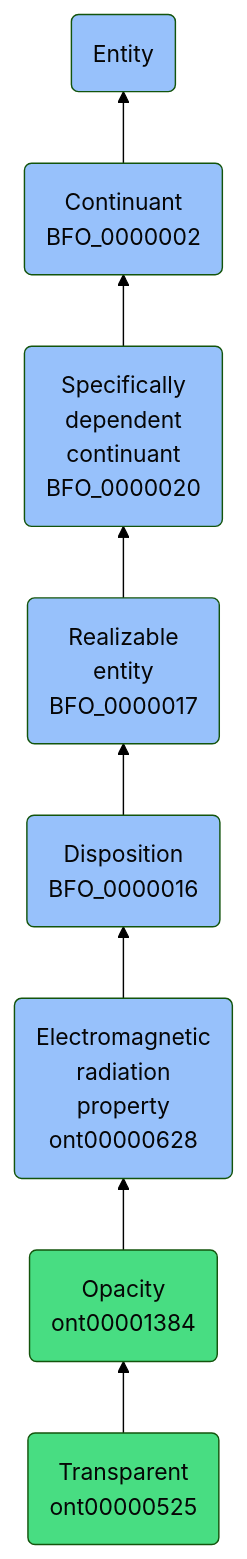
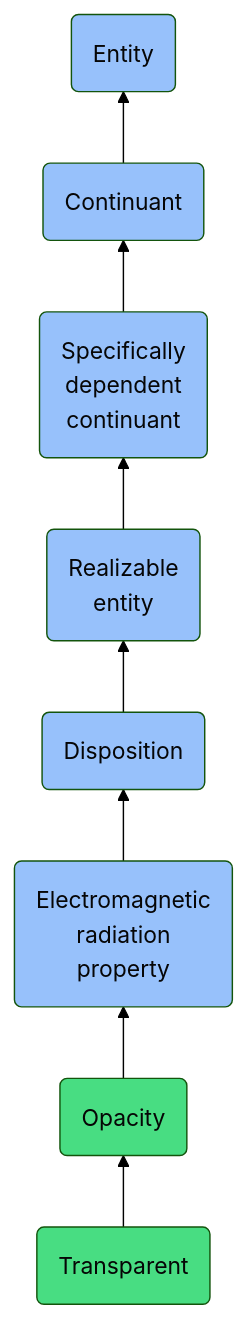
The diagram in docs/ontology/reference/model/Entity/Continuant/Specifically dependent continuant/Realizable entity/Disposition/Electromagnetic radiation property/Opacity/Transparent/Transparent.md (jupyter-naas/abi), drawn with Mermaid (forest theme) before and after one commit. The commit also changed other lines of this file and 1430 other files, not shown here.

````diff
--- a/docs/ontology/reference/model/Entity/Continuant/Specifically dependent continuant/Realizable entity/Disposition/Electromagnetic radiation property/Opacity/Transparent/Transparent.md
+++ b/docs/ontology/reference/model/Entity/Continuant/Specifically dependent continuant/Realizable entity/Disposition/Electromagnetic radiation property/Opacity/Transparent/Transparent.md
@@ -24,15 +24,15 @@
 ```mermaid
 graph BT
-    ont00000525(Transparent<br>ont00000525):::ABI-->ont00001384
-    ont00001384(Opacity<br>ont00001384):::ABI-->ont00000628
-    ont00000628(Electromagnetic<br>radiation<br>property<br>ont00000628):::BFO-->BFO_0000016
-    BFO_0000016(Disposition<br>BFO_0000016):::BFO-->BFO_0000017
-    BFO_0000017(Realizable<br>entity<br>BFO_0000017):::BFO-->BFO_0000020
-    BFO_0000020(Specifically<br>dependent<br>continuant<br>BFO_0000020):::BFO-->BFO_0000002
-    BFO_0000002(Continuant<br>BFO_0000002):::BFO-->BFO_0000001
+    ont00000525(Transparent):::ABI-->ont00001384
+    ont00001384(Opacity):::ABI-->ont00000628
+    ont00000628(Electromagnetic<br>radiation<br>property):::BFO-->BFO_0000016
+    BFO_0000016(Disposition):::BFO-->BFO_0000017
+    BFO_0000017(Realizable<br>entity):::BFO-->BFO_0000020
+    BFO_0000020(Specifically<br>dependent<br>continuant):::BFO-->BFO_0000002
+    BFO_0000002(Continuant):::BFO-->BFO_0000001
     BFO_0000001(Entity):::BFO
     
     classDef BFO fill:#97c1fb,color:#060606
     classDef CCO fill:#e4c51e,color:#060606
     classDef ABI fill:#48DD82,color:#060606
 ```
````
